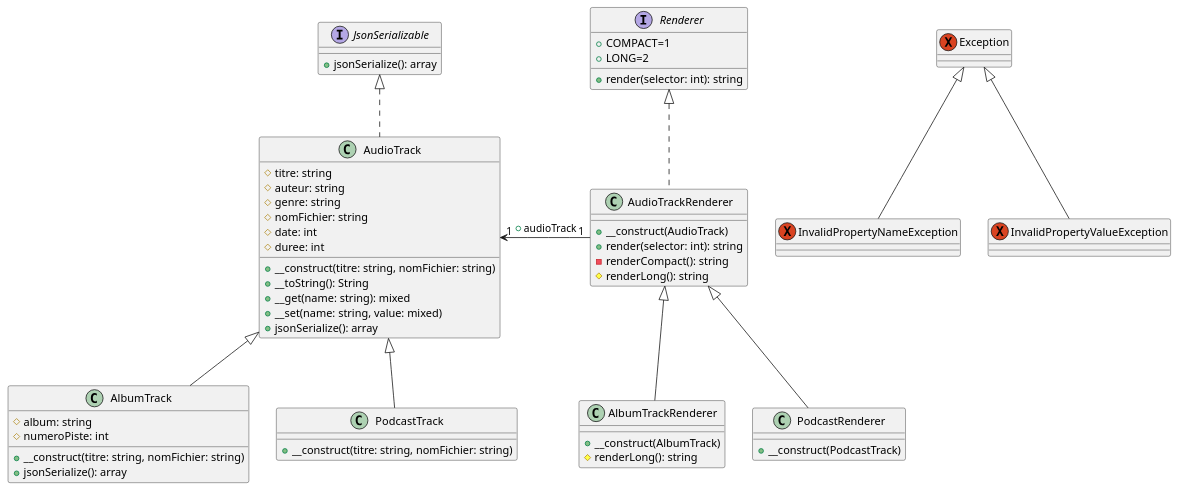
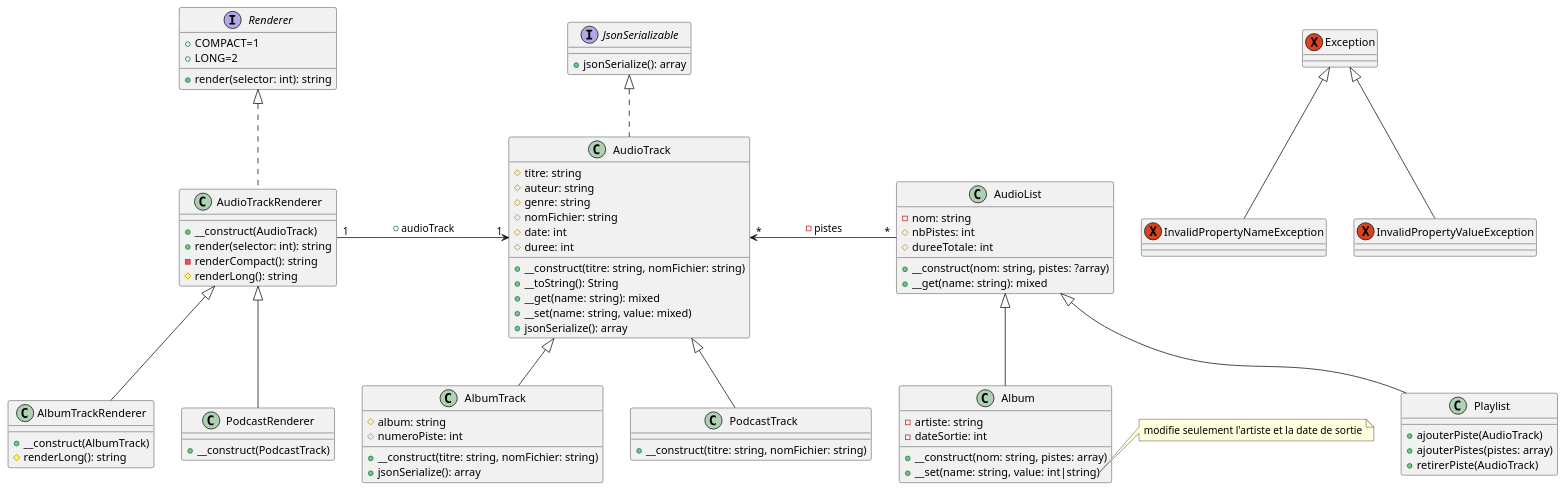
The diagram in diagClass.puml (Packingdustry/deefiy_php), drawn with PlantUML before and after one commit. The commit also changed 1 other file, not shown here.

Commit message:
met à jour le diagramme de classe

```diff
--- a/diagClass.puml
+++ b/diagClass.puml
@@ -1,58 +1,84 @@
 @startuml
 class AlbumTrack extends AudioTrack {
   #album: string
   #numeroPiste: int
   +__construct(titre: string, nomFichier: string)
   +jsonSerialize(): array
 }
 
 class PodcastTrack extends AudioTrack {
   +__construct(titre: string, nomFichier: string)
 }
 
 interface JsonSerializable {
     +jsonSerialize(): array
 }
 
 class AudioTrack implements JsonSerializable {
   #titre: string
   #auteur: string
   #genre: string
   #nomFichier: string
   #date: int
   #duree: int
   +__construct(titre: string, nomFichier: string)
   +__toString(): String
   +__get(name: string): mixed
   +__set(name: string, value: mixed)
   +jsonSerialize(): array
 }
 
 interface Renderer {
   +COMPACT=1
   +LONG=2
   +render(selector: int): string
 }
 
 class AudioTrackRenderer implements Renderer {
   +__construct(AudioTrack)
   +render(selector: int): string
   -renderCompact(): string
   #renderLong(): string
 }
 
 class AlbumTrackRenderer extends AudioTrackRenderer {
   +__construct(AlbumTrack)
   #renderLong(): string
 }
 
 class PodcastRenderer extends AudioTrackRenderer {
   +__construct(PodcastTrack)
 }
 
+class AudioList {
+  -nom: string
+  #nbPistes: int
+  #dureeTotale: int
+  +__construct(nom: string, pistes: ?array)
+  +__get(name: string): mixed
+}
+
+class Album extends AudioList {
+  -artiste: string
+  -dateSortie: int
+  +__construct(nom: string, pistes: array)
+  +__set(name: string, value: int|string)
+}
+
+class Playlist extends AudioList {
+  +ajouterPiste(AudioTrack)
+  +ajouterPistes(pistes: array)
+  +retirerPiste(AudioTrack)
+}
+
 exception Exception
 exception InvalidPropertyNameException extends Exception
 exception InvalidPropertyValueException extends Exception
 
-AudioTrackRenderer "1"-left-> "1" AudioTrack: "+audioTrack"
+AudioTrackRenderer "1"-right-> "1" AudioTrack: "+audioTrack"
+AudioList "*" -left-> "*" AudioTrack: "-pistes"
+
+note right of Album::__set
+  modifie seulement l'artiste et la date de sortie
+end note
 @enduml
```
